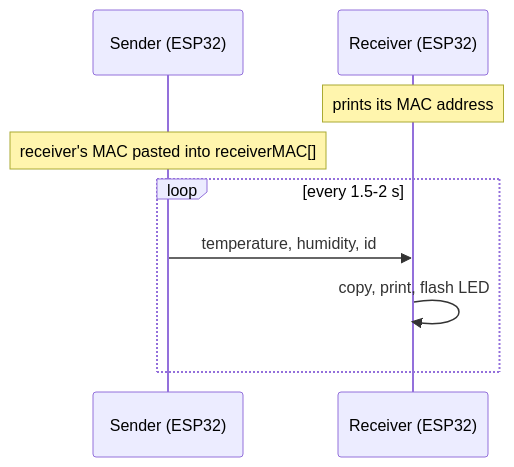
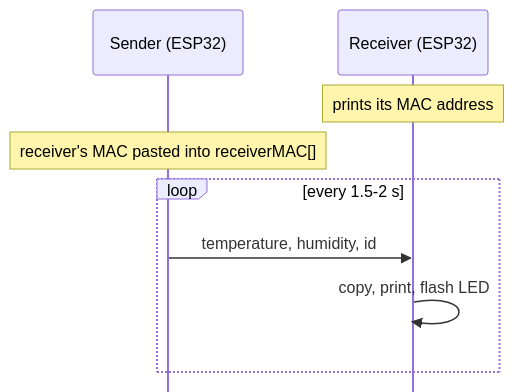
One commit to mike-segfault/low-cost-distributed-sync changed the second of 2 diagrams in src/communication/01-espnow/DIAGRAM.md. Above: the diagram before and after it, drawn with Mermaid. The commit also changed other lines of this file, not shown here.

Commit message:
Align ESP-NOW sequence diagram
Update the Mermaid sequence diagram in the ESP-NOW documentation to disable mirrored actors, keeping the sender and receiver flow visually clear and consistent.

````diff
--- a/src/communication/01-espnow/DIAGRAM.md
+++ b/src/communication/01-espnow/DIAGRAM.md
@@ -6,11 +5,12 @@
 ```mermaid
+%%{init: {"sequence": {"mirrorActors": false}}}%%
 sequenceDiagram
     participant S as Sender (ESP32)
     participant R as Receiver (ESP32)
     Note over R: prints its MAC address
     Note over S: receiver's MAC pasted into receiverMAC[]
     loop every 1.5-2 s
         S->>R: temperature, humidity, id
         R->>R: copy, print, flash LED
     end
 ```
````
